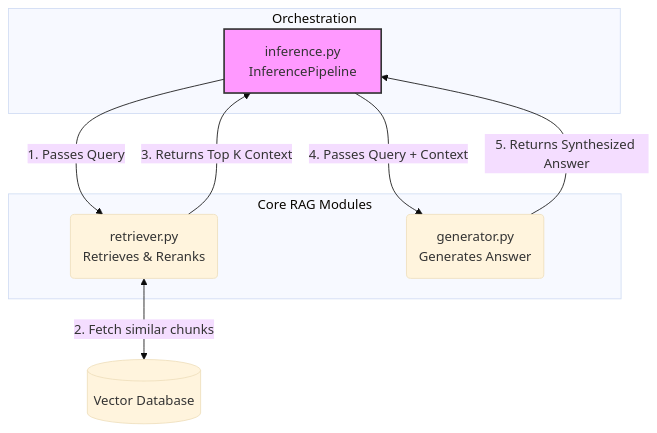
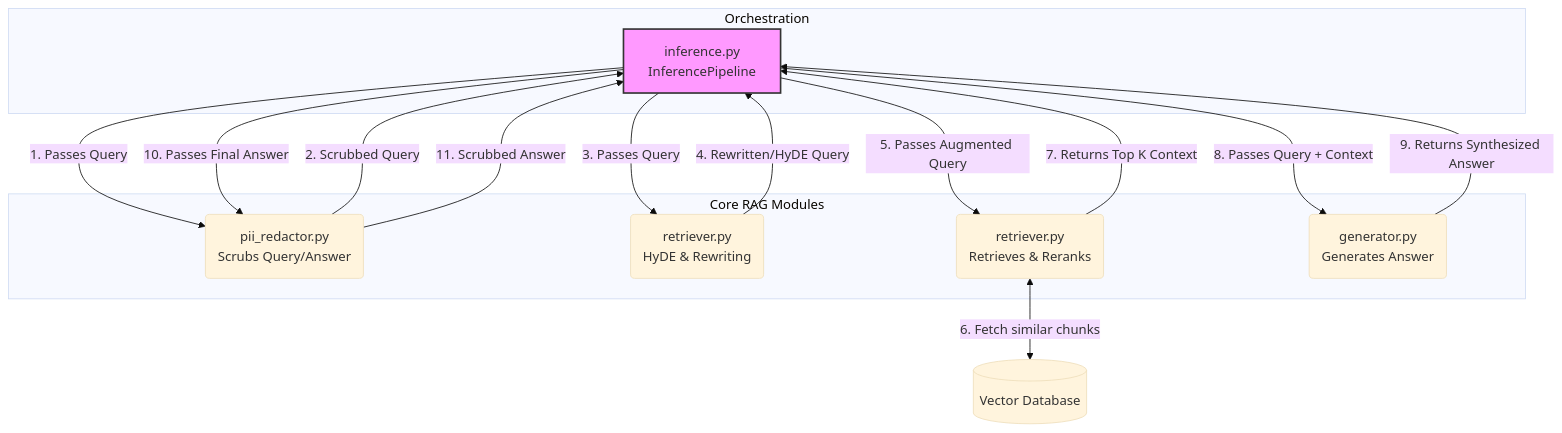
Before and after one commit to saptarshi-ai/Capstone_Saptarshi: the fourth of 4 diagrams in docs/vishnu-ref/ARCHITECTURE.md, drawn with Mermaid (base theme). The commit also changed other lines of this file and 38 other files, not shown here.

````diff
--- a/docs/vishnu-ref/ARCHITECTURE.md
+++ b/docs/vishnu-ref/ARCHITECTURE.md
@@ -93,23 +99,34 @@
 ```mermaid
 flowchart TD
     subgraph Orchestration
         Inference[inference.py\nInferencePipeline]
     end
 
     subgraph Core RAG Modules
+        Redactor(pii_redactor.py\nScrubs Query/Answer)
+        Augmenter(retriever.py\nHyDE & Rewriting)
         Retriever(retriever.py\nRetrieves & Reranks)
         Generator(generator.py\nGenerates Answer)
     end
 
     %% Flow of data
-    Inference -->|1. Passes Query| Retriever
-    Retriever <-->|2. Fetch similar chunks| DB[(Vector Database)]
-    Retriever -->|3. Returns Top K Context| Inference
+    Inference -->|1. Passes Query| Redactor
+    Redactor -->|2. Scrubbed Query| Inference
     
-    Inference -->|4. Passes Query + Context| Generator
-    Generator -->|5. Returns Synthesized Answer| Inference
+    Inference -->|3. Passes Query| Augmenter
+    Augmenter -->|4. Rewritten/HyDE Query| Inference
+
+    Inference -->|5. Passes Augmented Query| Retriever
+    Retriever <-->|6. Fetch similar chunks| DB[(Vector Database)]
+    Retriever -->|7. Returns Top K Context| Inference
+    
+    Inference -->|8. Passes Query + Context| Generator
+    Generator -->|9. Returns Synthesized Answer| Inference
+    
+    Inference -->|10. Passes Final Answer| Redactor
+    Redactor -->|11. Scrubbed Answer| Inference
     
     %% Styling
     classDef orchestrator fill:#f9f,stroke:#333,stroke-width:2px;
     class Inference orchestrator;
 ```
````
